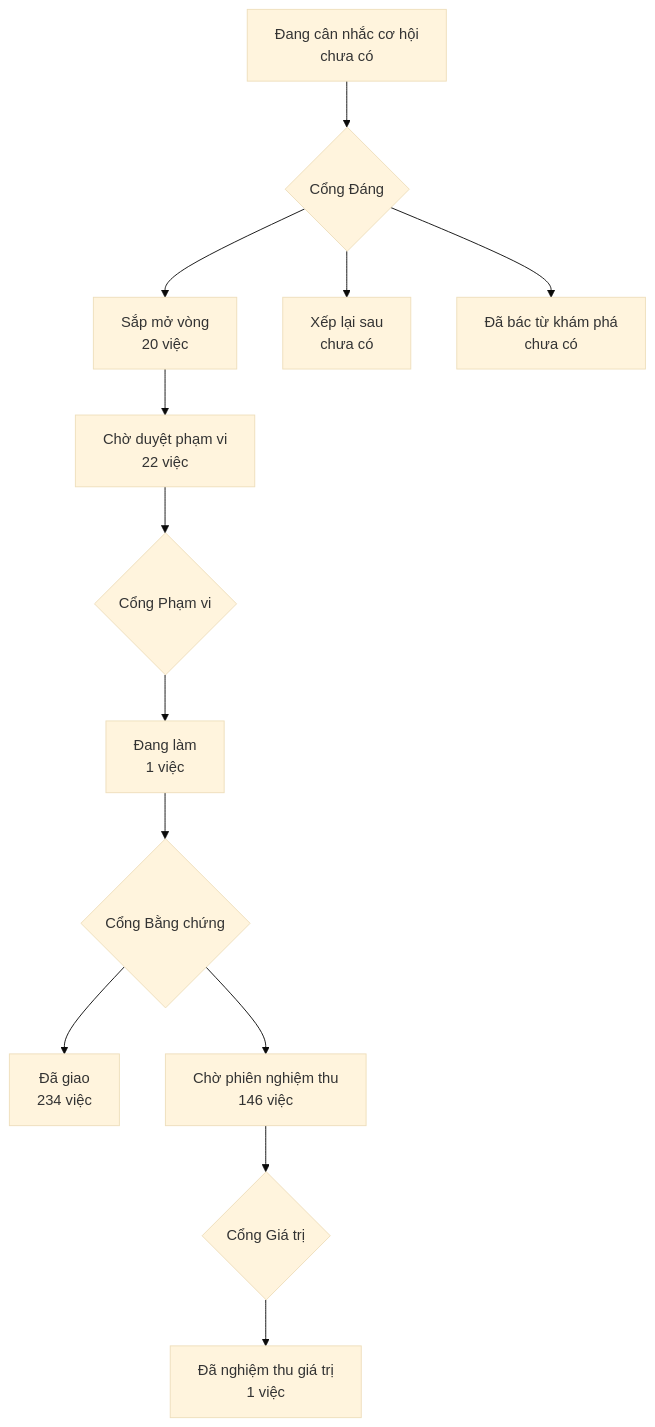
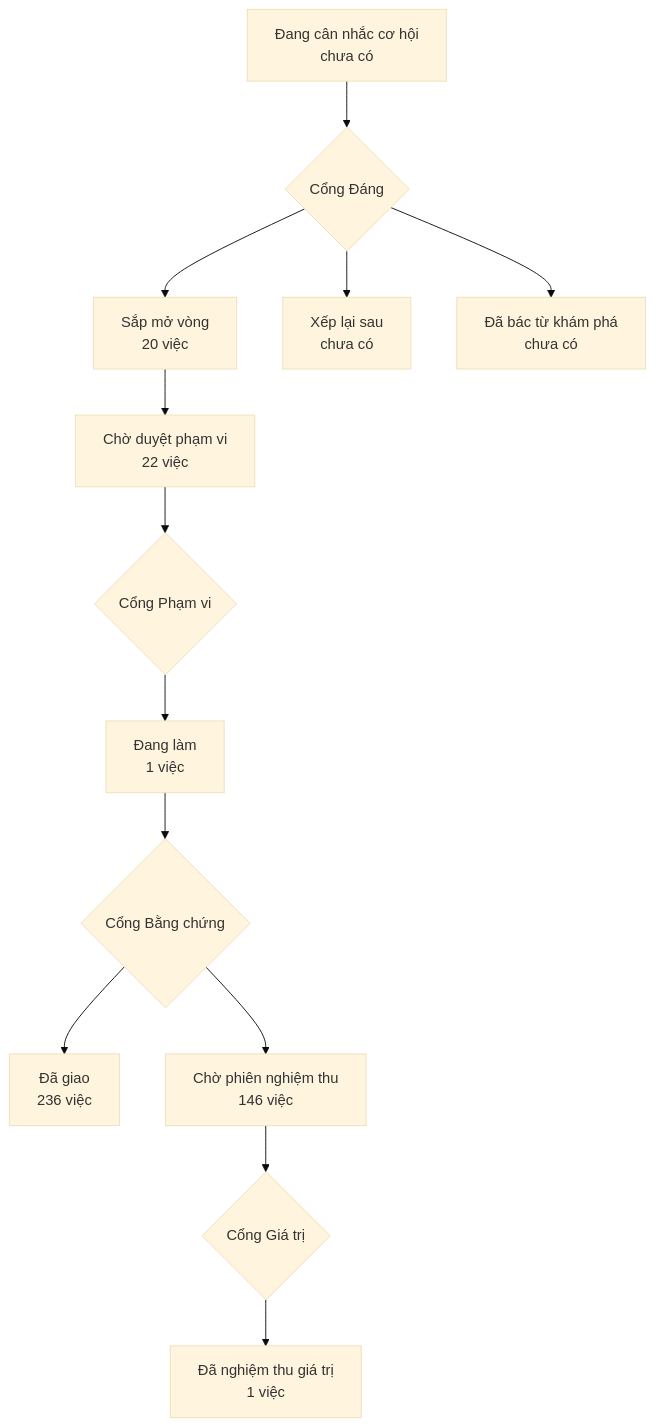
Before and after one commit to phanlemanh/onehub-invest: the diagram in PRODUCT-MAP.md, drawn with Mermaid (base theme). The commit also changed other lines of this file and 1 other file, not shown here.

Commit message:
chore(map): vẽ lại bản đồ sau khi gộp main (ZC20)

````diff
--- a/PRODUCT-MAP.md
+++ b/PRODUCT-MAP.md
@@ -7,12 +7,12 @@
 ```mermaid
 flowchart TD
   A["Đang cân nhắc cơ hội<br/>chưa có"] --> GD{"Cổng Đáng"}
   GD --> B["Sắp mở vòng<br/>20 việc"]
   GD --> XL["Xếp lại sau<br/>chưa có"]
   GD --> DB["Đã bác từ khám phá<br/>chưa có"]
   B --> CD["Chờ duyệt phạm vi<br/>22 việc"] --> GP{"Cổng Phạm vi"}
   GP --> DL["Đang làm<br/>1 việc"] --> GB{"Cổng Bằng chứng"}
-  GB --> DG["Đã giao<br/>234 việc"]
+  GB --> DG["Đã giao<br/>236 việc"]
   GB --> CN["Chờ phiên nghiệm thu<br/>146 việc"] --> GG{"Cổng Giá trị"}
   GG --> NT["Đã nghiệm thu giá trị<br/>1 việc"]
 ```
````
